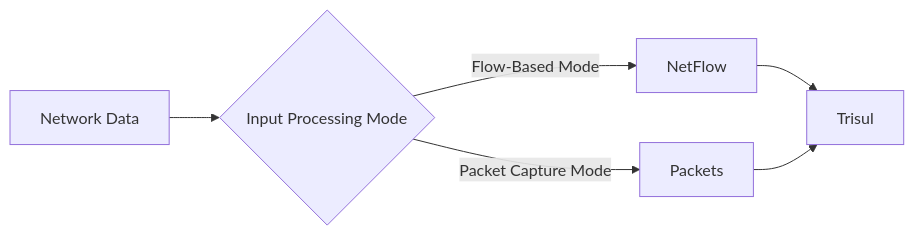
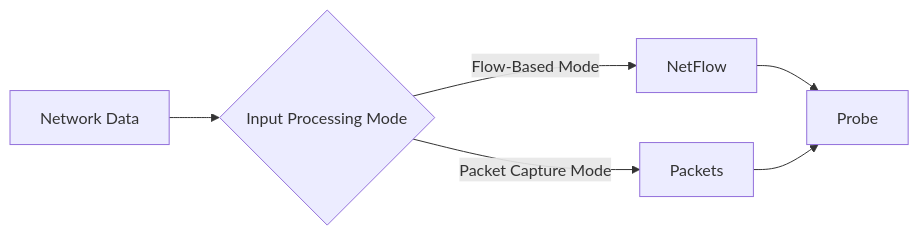
One commit to trisulnsm/dinodoc changed the diagram in trisuldocs/docs/guide/starthere/what_is_trisul/dataflow.md. Above: the diagram before and after it, drawn with Mermaid.

Commit message:
docs(starthere): what_is_trisul/dataflow.md fix-now corrections (F-B1-16)

````diff
--- a/trisuldocs/docs/guide/starthere/what_is_trisul/dataflow.md
+++ b/trisuldocs/docs/guide/starthere/what_is_trisul/dataflow.md
@@ -34,13 +34,11 @@
 ```mermaid
 
 flowchart LR
     A[Network Data] --> B{Input Processing Mode}
 
     B -->|Flow-Based Mode| C[NetFlow]
     B -->|Packet Capture Mode| D[Packets]
 
     C --> E[Probe]
     D --> E
-
-    E[Trisul]
 ```
````
